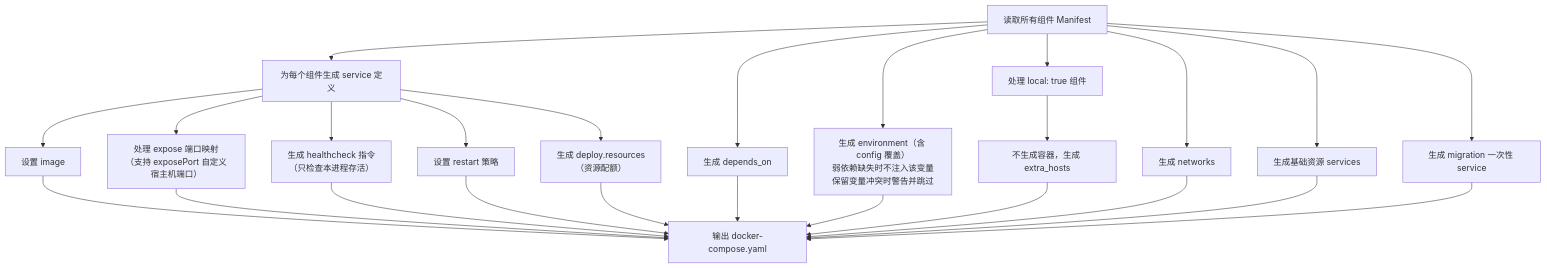
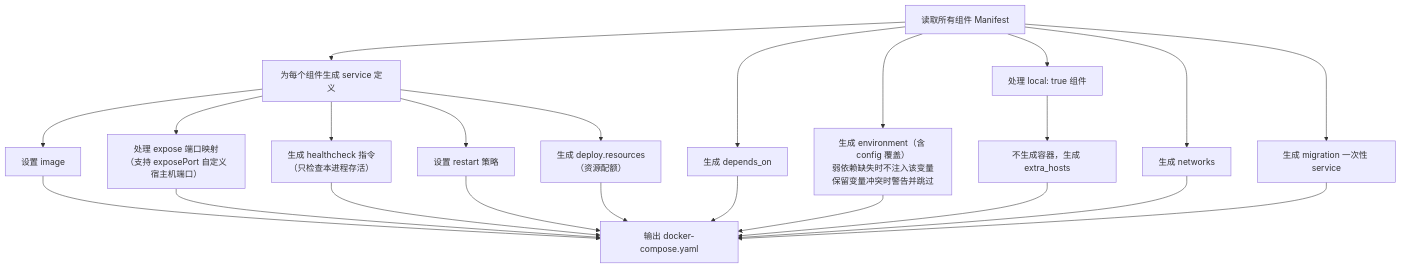
One commit to brickKit/brickKit changed the fifth of 7 diagrams in design/004-CLI 设计.md. Above: the diagram before and after it, drawn with Mermaid. The commit also changed other lines of this file and 15 other files, not shown here.

````diff
--- a/design/004-CLI 设计.md
+++ b/design/004-CLI 设计.md
@@ -1365,17 +1363,16 @@
 ```mermaid
 flowchart TD
     A["读取所有组件 Manifest"] --> B["为每个组件生成 service 定义"]
     B --> C["设置 image"]
     B --> D["处理 expose 端口映射<br/>（支持 exposePort 自定义宿主机端口）"]
     B --> E["生成 healthcheck 指令<br/>（只检查本进程存活）"]
     B --> F["设置 restart 策略"]
     B --> R["生成 deploy.resources<br/>（资源配额）"]
     A --> G["生成 depends_on"]
     A --> H["生成 environment（含 config 覆盖）<br/>弱依赖缺失时不注入该变量<br/>保留变量冲突时警告并跳过"]
     A --> I["处理 local: true 组件"]
     I --> J["不生成容器，生成 extra_hosts"]
     A --> K["生成 networks"]
-    A --> L["生成基础资源 services"]
     A --> M["生成 migration 一次性 service"]
-    C & D & E & F & R & G & H & J & K & L & M --> N["输出 docker-compose.yaml"]
+    C & D & E & F & R & G & H & J & K & M --> N["输出 docker-compose.yaml"]
 ```
````
